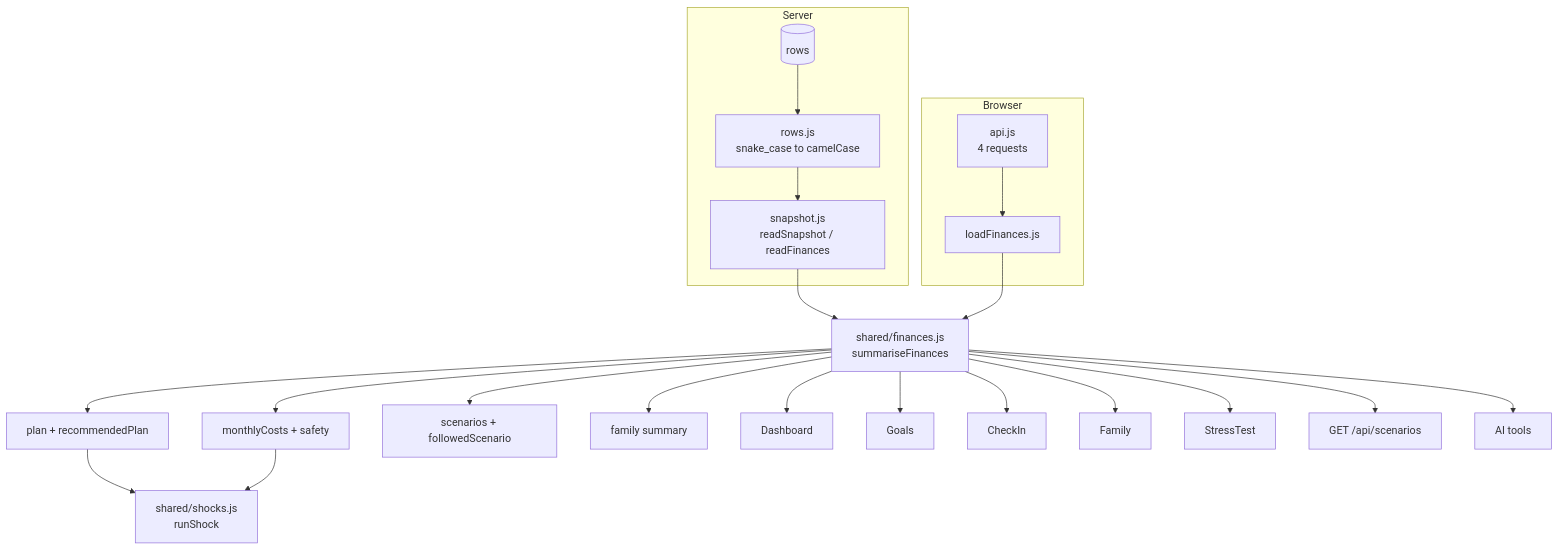
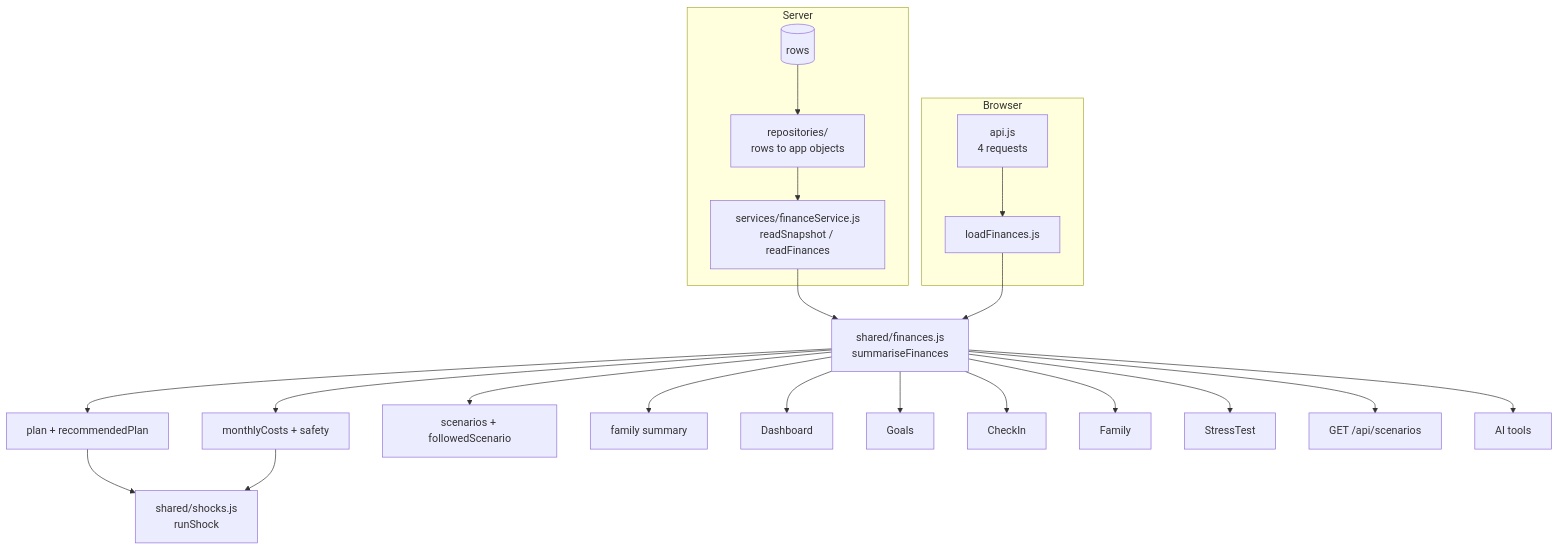
The second of 4 diagrams in docs/SYSTEM_DESIGN.md (i-varunsharma/Nest-Worth), drawn with Mermaid before and after one commit. The commit also changed other lines of this file and 4 other files, not shown here.

First line of the commit message:
Update docs for the layered architecture

````diff
--- a/docs/SYSTEM_DESIGN.md
+++ b/docs/SYSTEM_DESIGN.md
@@ -101,24 +139,24 @@
 ```mermaid
 flowchart TD
   subgraph Server
-    DBRows[(rows)] --> RowsJS[rows.js<br/>snake_case to camelCase]
-    RowsJS --> ReadSnapshot[snapshot.js<br/>readSnapshot / readFinances]
+    DBRows[(rows)] --> RowsJS[repositories/<br/>rows to app objects]
+    RowsJS --> ReadSnapshot[services/financeService.js<br/>readSnapshot / readFinances]
   end
 
   subgraph Browser
     Fetch[api.js<br/>4 requests] --> LoadFin[loadFinances.js]
   end
 
   ReadSnapshot --> SF[shared/finances.js<br/>summariseFinances]
   LoadFin --> SF
 
   SF --> Plan[plan + recommendedPlan]
   SF --> Costs[monthlyCosts + safety]
   SF --> Scen[scenarios + followedScenario]
   SF --> Fam[family summary]
 
   Plan --> Shocks[shared/shocks.js<br/>runShock]
   Costs --> Shocks
 
   SF --> Dashboard & Goals & CheckIn & Family & StressTest & ScenariosRoute["GET /api/scenarios"] & Tools[AI tools]
 ```
````
